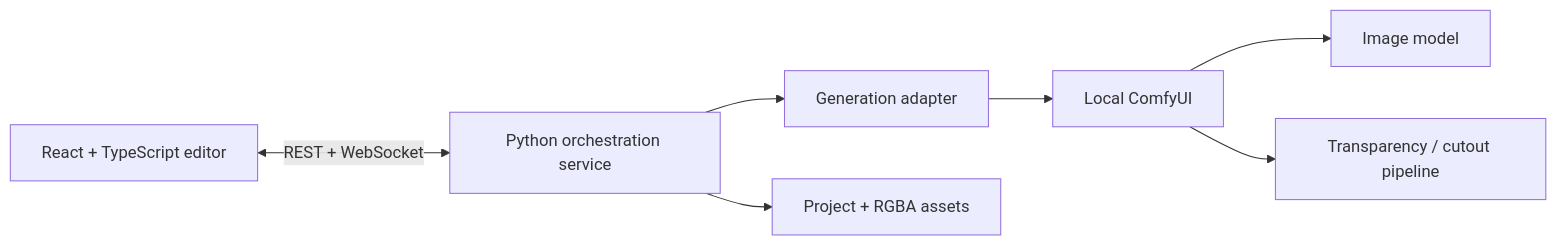
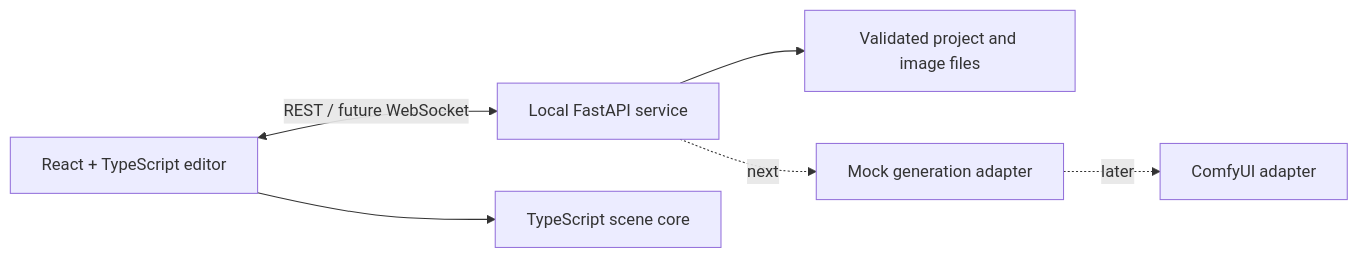
The second of 2 diagrams in README.md (Kiingsora/imagen-construct), drawn with Mermaid before and after one commit. The commit also changed other lines of this file and 9 other files, not shown here.

````diff
--- a/README.md
+++ b/README.md
@@ -63,9 +71,8 @@
 ```mermaid
 flowchart LR
-    UI[React + TypeScript editor] <-->|REST + WebSocket| ORCH[Python orchestration service]
-    ORCH --> ADAPTER[Generation adapter]
-    ADAPTER --> COMFY[Local ComfyUI]
-    COMFY --> GEN[Image model]
-    COMFY --> ALPHA[Transparency / cutout pipeline]
-    ORCH --> STORE[Project + RGBA assets]
+    UI[React + TypeScript editor] <-->|REST / future WebSocket| API[Local FastAPI service]
+    UI --> CORE[TypeScript scene core]
+    API --> STORE[Validated project and image files]
+    API -. next .-> MOCK[Mock generation adapter]
+    MOCK -. later .-> COMFY[ComfyUI adapter]
 ```
````
